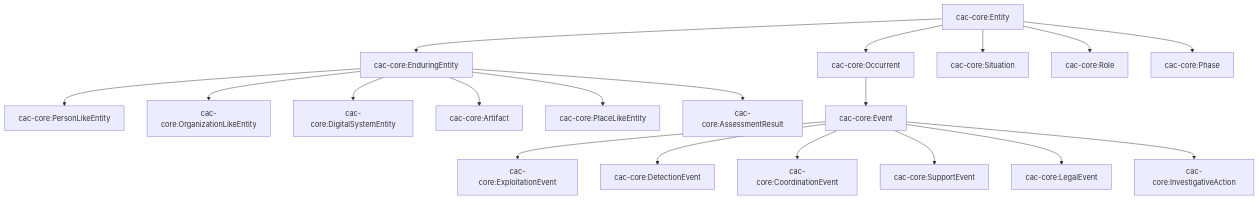
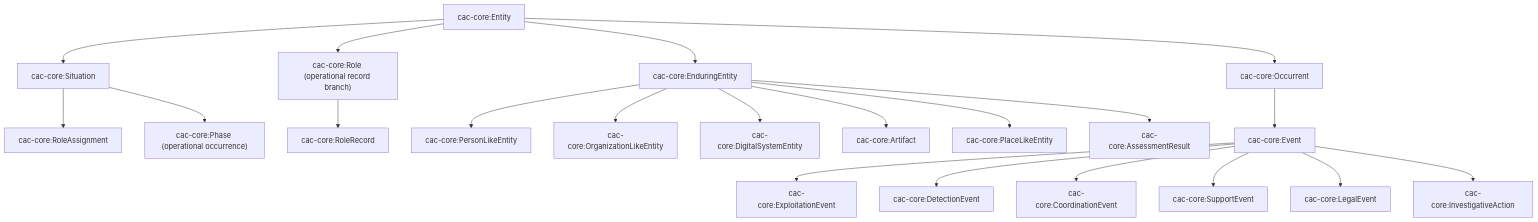
Before and after one commit to forest-savage1234/CAC-Ontology: the first of 7 diagrams in docs/architecture.md, drawn with Mermaid. The commit also changed other lines of this file and 8 other files, not shown here.

````diff
--- a/docs/architecture.md
+++ b/docs/architecture.md
@@ -13,25 +13,27 @@
 ```mermaid
 graph TD
     Entity["cac-core:Entity"]
 
     Entity --> EnduringEntity["cac-core:EnduringEntity"]
     Entity --> Occurrent["cac-core:Occurrent"]
     Entity --> Situation["cac-core:Situation"]
-    Entity --> Role["cac-core:Role"]
-    Entity --> Phase["cac-core:Phase"]
+    Entity --> Role["cac-core:Role (operational record branch)"]
+    Situation --> RoleAssignment["cac-core:RoleAssignment"]
+    Situation --> Phase["cac-core:Phase (operational occurrence)"]
+    Role --> RoleRecord["cac-core:RoleRecord"]
 
     EnduringEntity --> PersonLikeEntity["cac-core:PersonLikeEntity"]
     EnduringEntity --> OrganizationLikeEntity["cac-core:OrganizationLikeEntity"]
     EnduringEntity --> DigitalSystemEntity["cac-core:DigitalSystemEntity"]
     EnduringEntity --> Artifact["cac-core:Artifact"]
     EnduringEntity --> PlaceLikeEntity["cac-core:PlaceLikeEntity"]
     EnduringEntity --> AssessmentResult["cac-core:AssessmentResult"]
 
     Occurrent --> Event["cac-core:Event"]
     Event --> ExploitationEvent["cac-core:ExploitationEvent"]
     Event --> DetectionEvent["cac-core:DetectionEvent"]
     Event --> CoordinationEvent["cac-core:CoordinationEvent"]
     Event --> SupportEvent["cac-core:SupportEvent"]
     Event --> LegalEvent["cac-core:LegalEvent"]
     Event --> InvestigativeAction["cac-core:InvestigativeAction"]
 ```
````
